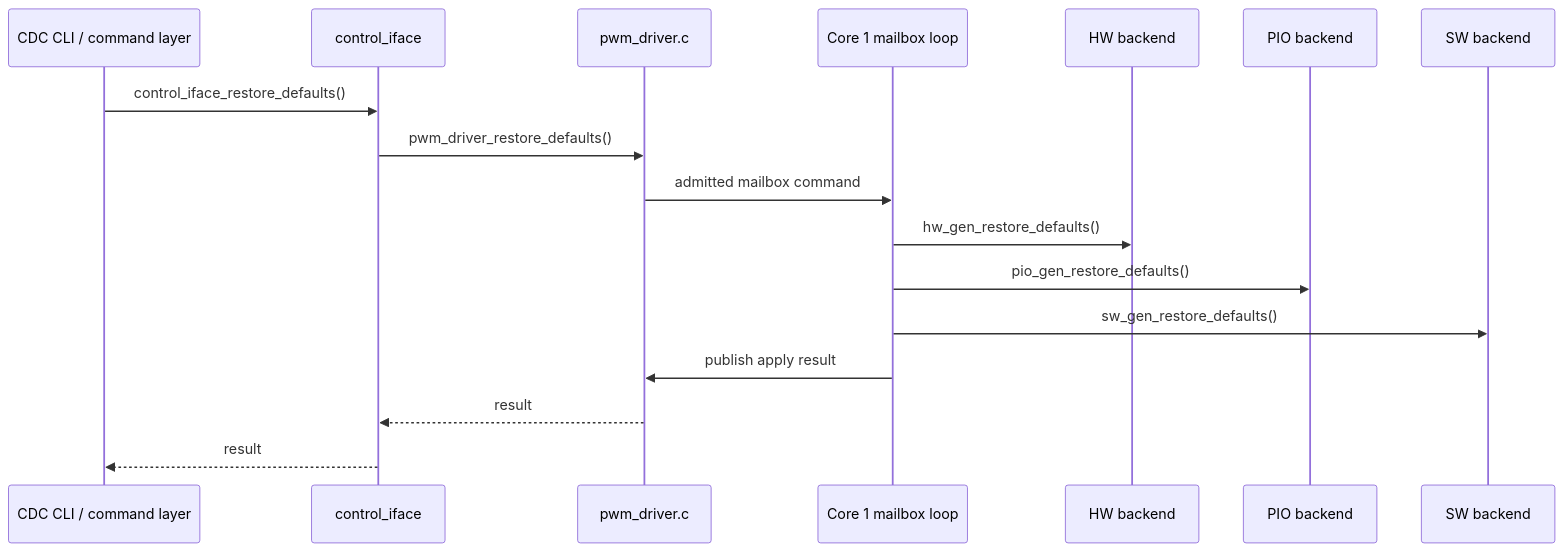
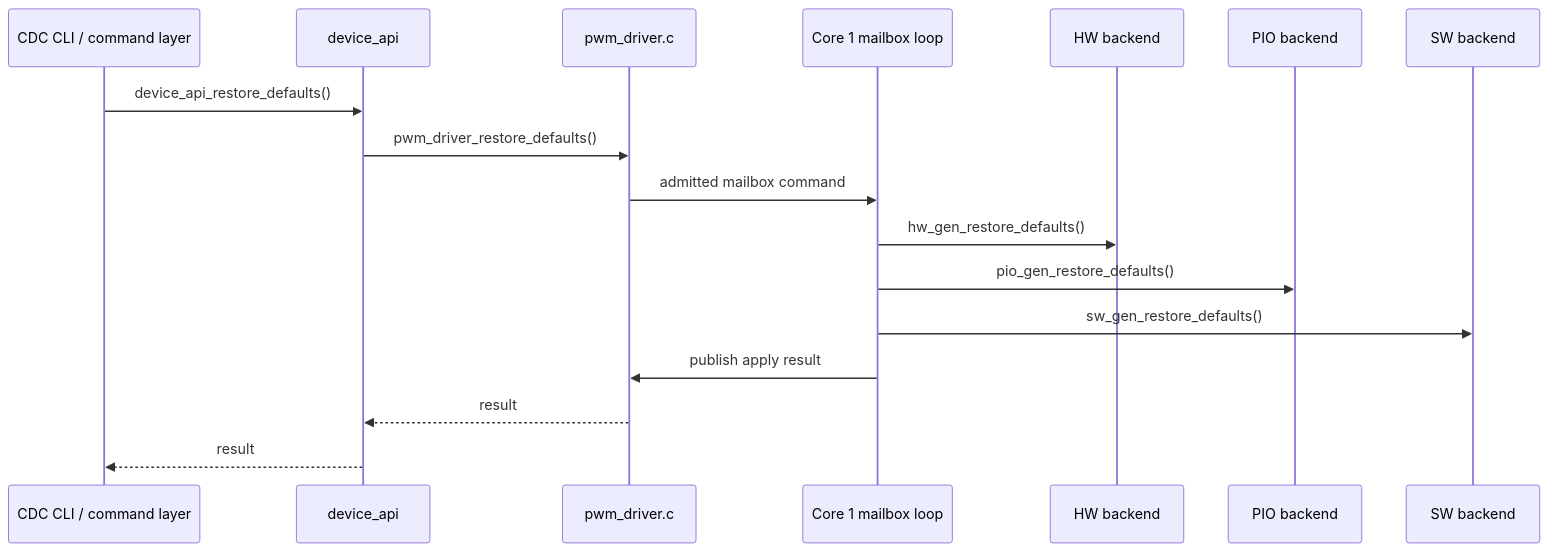
One commit to djwinter29-oss/PicoPWM changed the sixth of 8 diagrams in docs/detail/pwm_driver_design.md. Above: the diagram before and after it, drawn with Mermaid. The commit also changed other lines of this file and 118 other files, not shown here.

````diff
--- a/docs/detail/pwm_driver_design.md
+++ b/docs/detail/pwm_driver_design.md
@@ -328,20 +350,20 @@
 ```mermaid
 sequenceDiagram
     participant CLI as CDC CLI / command layer
-    participant CTL as control_iface
+    participant CTL as device_api
     participant WR as pwm_driver.c
     participant C1 as Core 1 mailbox loop
     participant HW as HW backend
     participant PIO as PIO backend
     participant SW as SW backend
 
-    CLI->>CTL: control_iface_restore_defaults()
+    CLI->>CTL: device_api_restore_defaults()
     CTL->>WR: pwm_driver_restore_defaults()
     WR->>C1: admitted mailbox command
     C1->>HW: hw_gen_restore_defaults()
     C1->>PIO: pio_gen_restore_defaults()
     C1->>SW: sw_gen_restore_defaults()
     C1->>WR: publish apply result
     WR-->>CTL: result
     CTL-->>CLI: result
 ```
````
